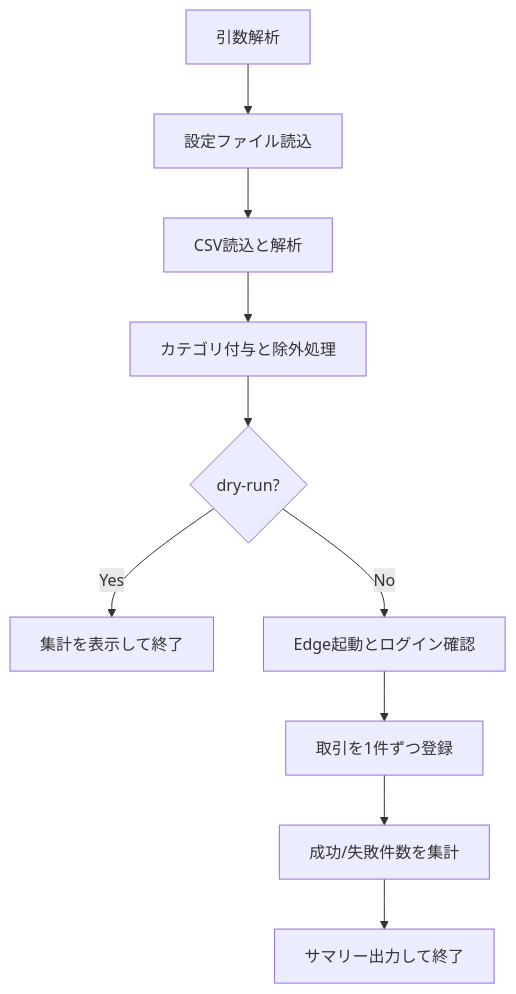
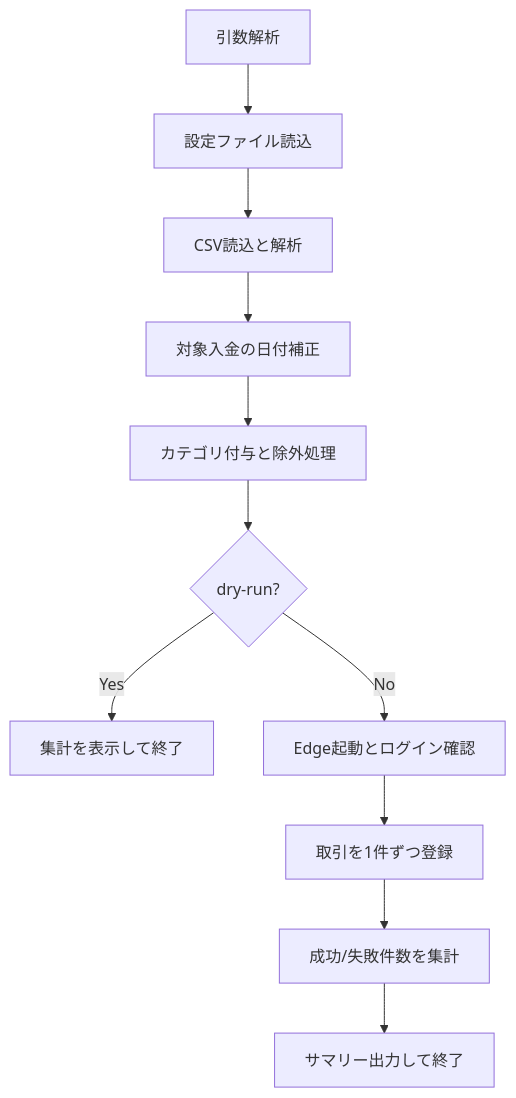
Before and after one commit to Shinoryo/PayPay2MFJS: the diagram in README.md, drawn with Mermaid. The commit also changed other lines of this file and 6 other files, not shown here.

````diff
--- a/README.md
+++ b/README.md
@@ -197,12 +214,13 @@
 ```mermaid
 flowchart TD
         A[引数解析] --> B[設定ファイル読込]
         B --> C[CSV読込と解析]
-        C --> D[カテゴリ付与と除外処理]
-        D --> E{dry-run?}
-        E -->|Yes| F[集計を表示して終了]
-        E -->|No| G[Edge起動とログイン確認]
-        G --> H[取引を1件ずつ登録]
-        H --> I[成功/失敗件数を集計]
-        I --> J[サマリー出力して終了]
+    C --> D[対象入金の日付補正]
+    D --> E[カテゴリ付与と除外処理]
+    E --> F{dry-run?}
+    F -->|Yes| G[集計を表示して終了]
+    F -->|No| H[Edge起動とログイン確認]
+    H --> I[取引を1件ずつ登録]
+    I --> J[成功/失敗件数を集計]
+    J --> K[サマリー出力して終了]
 ```
````
